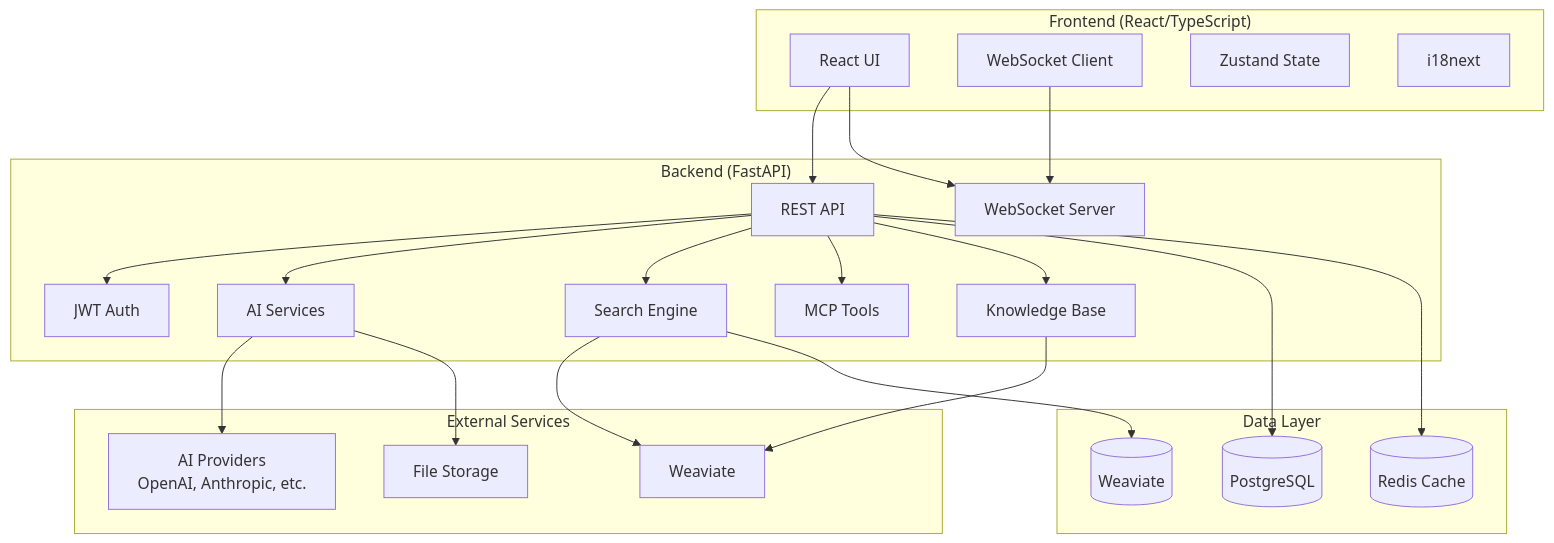
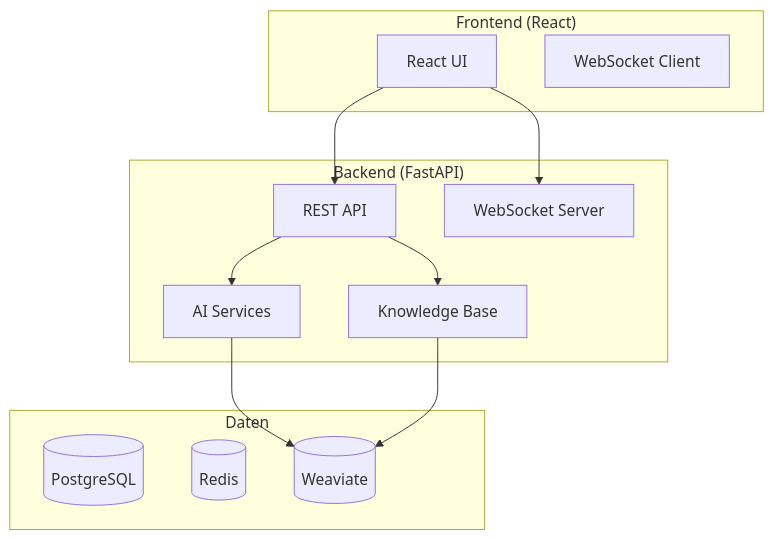
The diagram in docs/index.md (ConvoSphere/ConvoSphere), drawn with Mermaid before and after one commit. The commit also changed other lines of this file and 7 other files, not shown here.

````diff
--- a/docs/index.md
+++ b/docs/index.md
@@ -121,47 +76,27 @@
 ```mermaid
 graph TB
-    subgraph "Frontend (React/TypeScript)"
+    subgraph "Frontend (React)"
         UI[React UI]
         WS[WebSocket Client]
-        State[Zustand State]
-        I18N[i18next]
     end
     
     subgraph "Backend (FastAPI)"
         API[REST API]
         WS_Server[WebSocket Server]
-        Auth[JWT Auth]
         AI[AI Services]
-        Search[Search Engine]
-        MCP[MCP Tools]
         KB[Knowledge Base]
     end
     
-    subgraph "External Services"
-        AI_Providers[AI Providers<br/>OpenAI, Anthropic, etc.]
-        Storage[File Storage]
-        VectorDB[Weaviate]
-    end
-    
-    subgraph "Data Layer"
+    subgraph "Daten"
         PG[(PostgreSQL)]
-        Redis[(Redis Cache)]
+        Redis[(Redis)]
         Weaviate[(Weaviate)]
     end
     
     UI --> API
     UI --> WS_Server
-    WS --> WS_Server
-    API --> Auth
     API --> AI
-    API --> Search
-    API --> MCP
     API --> KB
-    AI --> AI_Providers
-    Search --> VectorDB
-    KB --> VectorDB
-    API --> PG
-    API --> Redis
-    Search --> Weaviate
-    AI --> Storage
+    AI --> Weaviate
+    KB --> Weaviate
 ```
````
